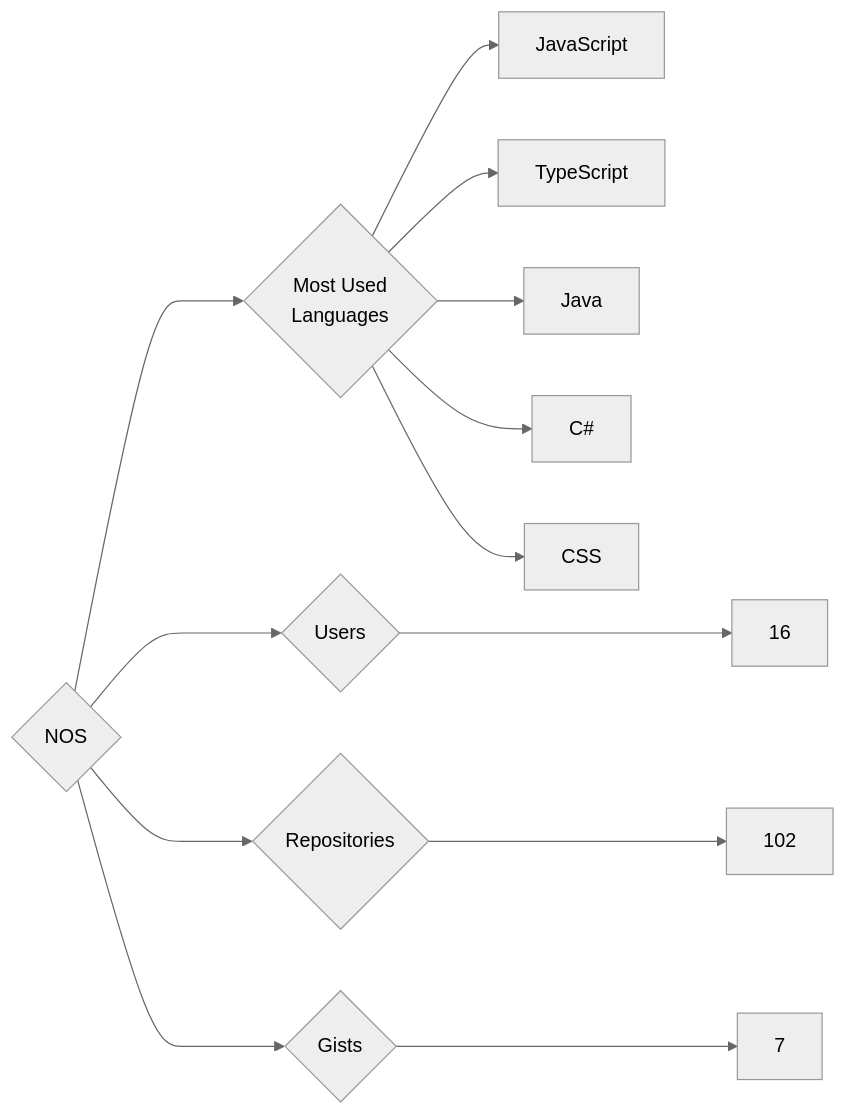
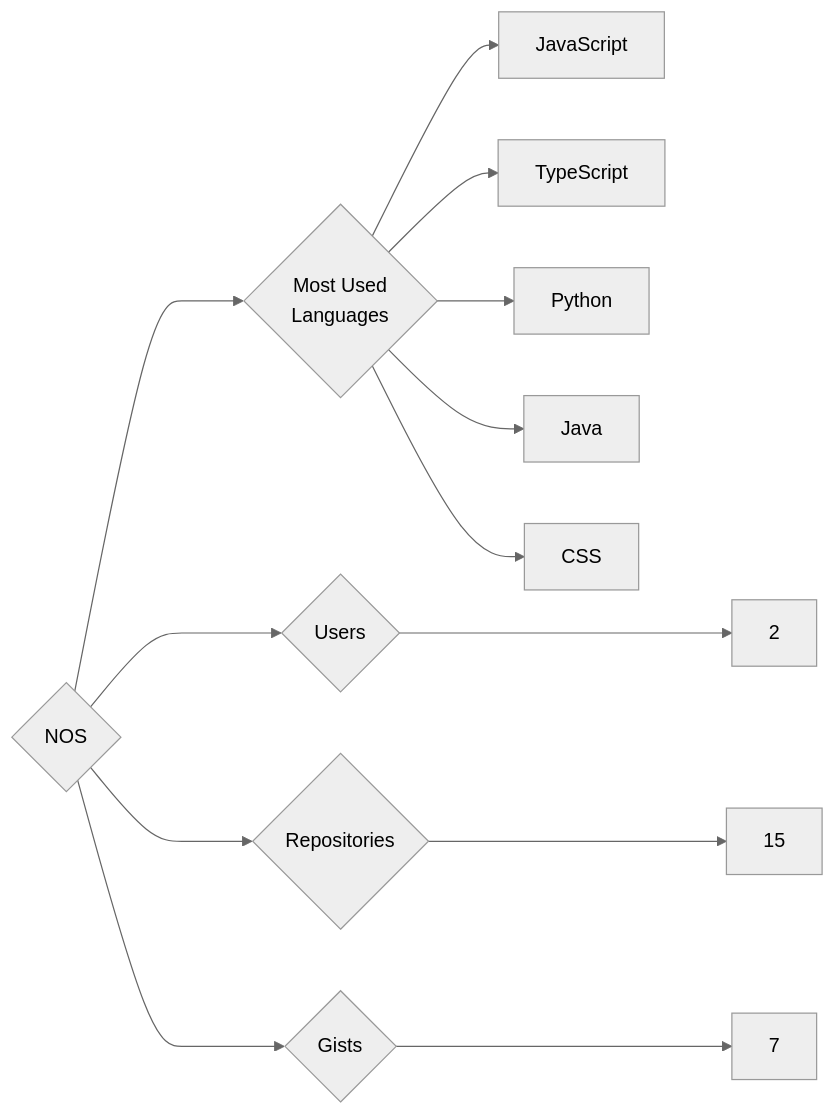
One commit to trickest/insiders changed the diagram in targets/NOS/README.md. Above: the diagram before and after it, drawn with Mermaid (neutral theme). The commit also changed 928 other files, not shown here.

````diff
--- a/targets/NOS/README.md
+++ b/targets/NOS/README.md
@@ -3,13 +3,13 @@
 ```mermaid
 graph LR
 COMPANY_NAME{NOS}
-COMPANY_NAME ---> U{Users} ---> UN[16]
-COMPANY_NAME ---> R{Repositories} ---> RN[102]
+COMPANY_NAME ---> U{Users} ---> UN[2]
+COMPANY_NAME ---> R{Repositories} ---> RN[15]
 COMPANY_NAME ---> G{Gists} ---> GN[7]
 COMPANY_NAME ---> ML{Most Used<br>Languages}
 ML --> JavaScript[JavaScript]
 ML --> TypeScript[TypeScript]
+ML --> Python[Python]
 ML --> Java[Java]
-ML --> C#[C#]
 ML --> CSS[CSS]
 ```
````
